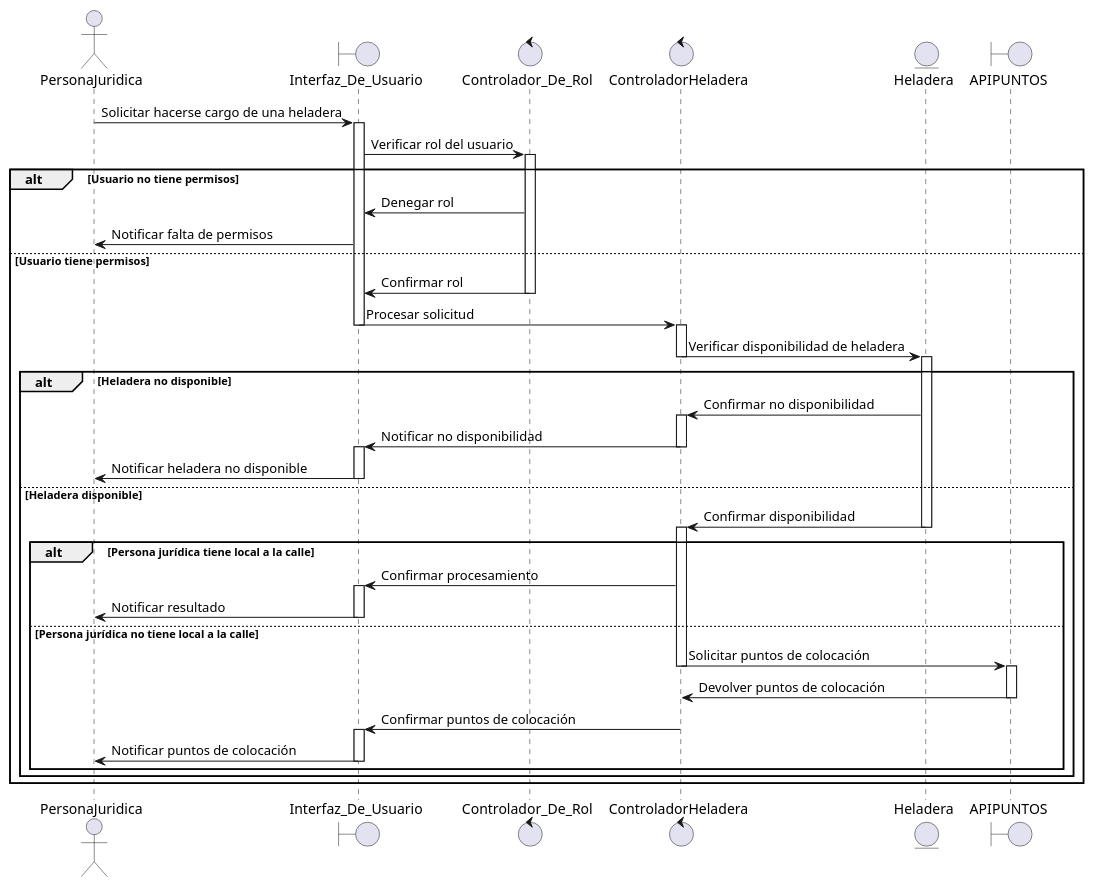
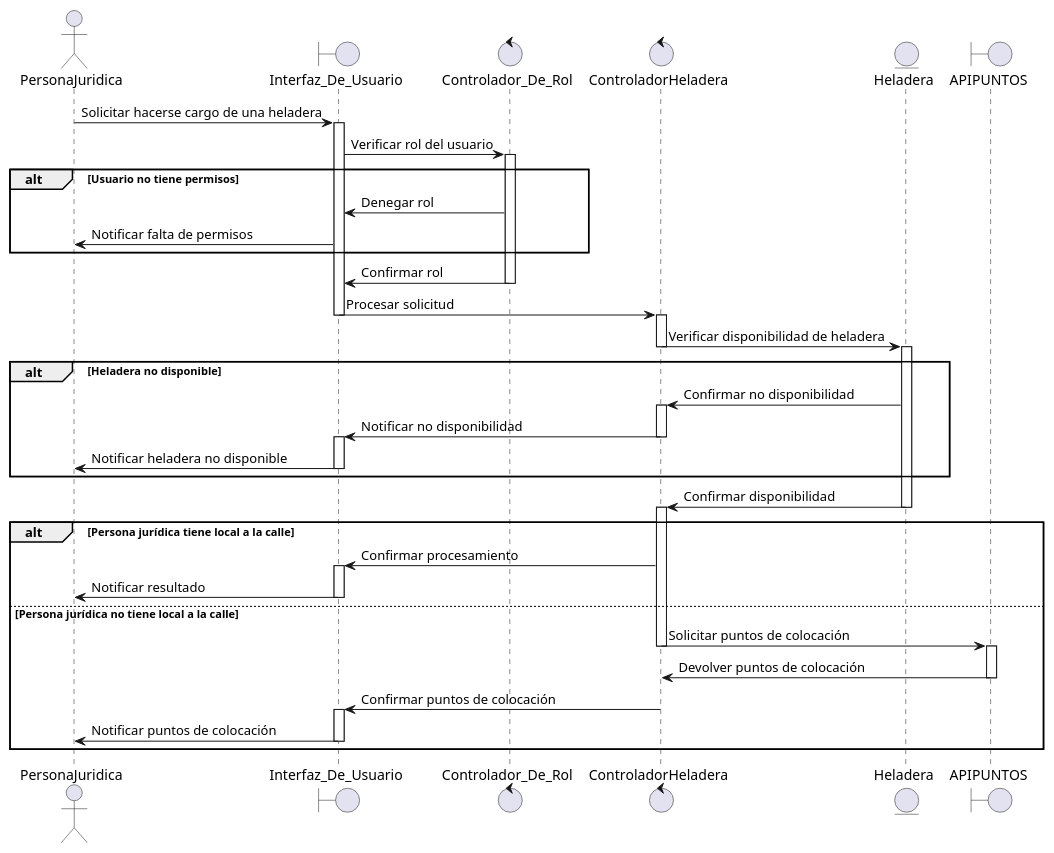
Before and after one commit to JBDelupi/TPs---DDS: the diagram in UMLs/SolicitarHacerseCargoDeUnaHeladera.puml, drawn with PlantUML.

Commit message:
UML actualizado: hacerse cargo de h.

```diff
--- a/UMLs/SolicitarHacerseCargoDeUnaHeladera.puml
+++ b/UMLs/SolicitarHacerseCargoDeUnaHeladera.puml
@@ -1,62 +1,60 @@
 @startuml
 actor PersonaJuridica
 boundary Interfaz_De_Usuario
 control Controlador_De_Rol
 control ControladorHeladera
 entity Heladera
 boundary APIPUNTOS
 
 PersonaJuridica -> Interfaz_De_Usuario: Solicitar hacerse cargo de una heladera
 activate Interfaz_De_Usuario
 Interfaz_De_Usuario -> Controlador_De_Rol : Verificar rol del usuario
 activate Controlador_De_Rol
 
 alt Usuario no tiene permisos
     Controlador_De_Rol -> Interfaz_De_Usuario : Denegar rol
     Interfaz_De_Usuario -> PersonaJuridica : Notificar falta de permisos
-else Usuario tiene permisos
+end
     Controlador_De_Rol -> Interfaz_De_Usuario : Confirmar rol
     deactivate Controlador_De_Rol
 
     Interfaz_De_Usuario -> ControladorHeladera : Procesar solicitud
     deactivate Interfaz_De_Usuario
     activate ControladorHeladera
     deactivate ControladorHeladera
     ControladorHeladera -> Heladera : Verificar disponibilidad de heladera
     deactivate ControladorHeladera
     activate Heladera
 
     alt Heladera no disponible
         Heladera -> ControladorHeladera : Confirmar no disponibilidad
         activate ControladorHeladera
         ControladorHeladera -> Interfaz_De_Usuario : Notificar no disponibilidad
         deactivate ControladorHeladera
         activate Interfaz_De_Usuario
         Interfaz_De_Usuario -> PersonaJuridica : Notificar heladera no disponible
         deactivate Interfaz_De_Usuario
-    else Heladera disponible
+    end
         Heladera -> ControladorHeladera : Confirmar disponibilidad
         deactivate Heladera
         activate ControladorHeladera
 
         alt Persona jurídica tiene local a la calle
             ControladorHeladera -> Interfaz_De_Usuario : Confirmar procesamiento
             activate Interfaz_De_Usuario
             Interfaz_De_Usuario -> PersonaJuridica : Notificar resultado
             deactivate Interfaz_De_Usuario
         else Persona jurídica no tiene local a la calle
             ControladorHeladera -> APIPUNTOS : Solicitar puntos de colocación
             deactivate ControladorHeladera
             activate APIPUNTOS
             APIPUNTOS -> ControladorHeladera : Devolver puntos de colocación
             deactivate APIPUNTOS
             ControladorHeladera -> Interfaz_De_Usuario : Confirmar puntos de colocación
             deactivate ControladorHeladera
             activate Interfaz_De_Usuario
             Interfaz_De_Usuario -> PersonaJuridica : Notificar puntos de colocación
             deactivate Interfaz_De_Usuario
-        end
-end
 end
 
 @enduml
```
